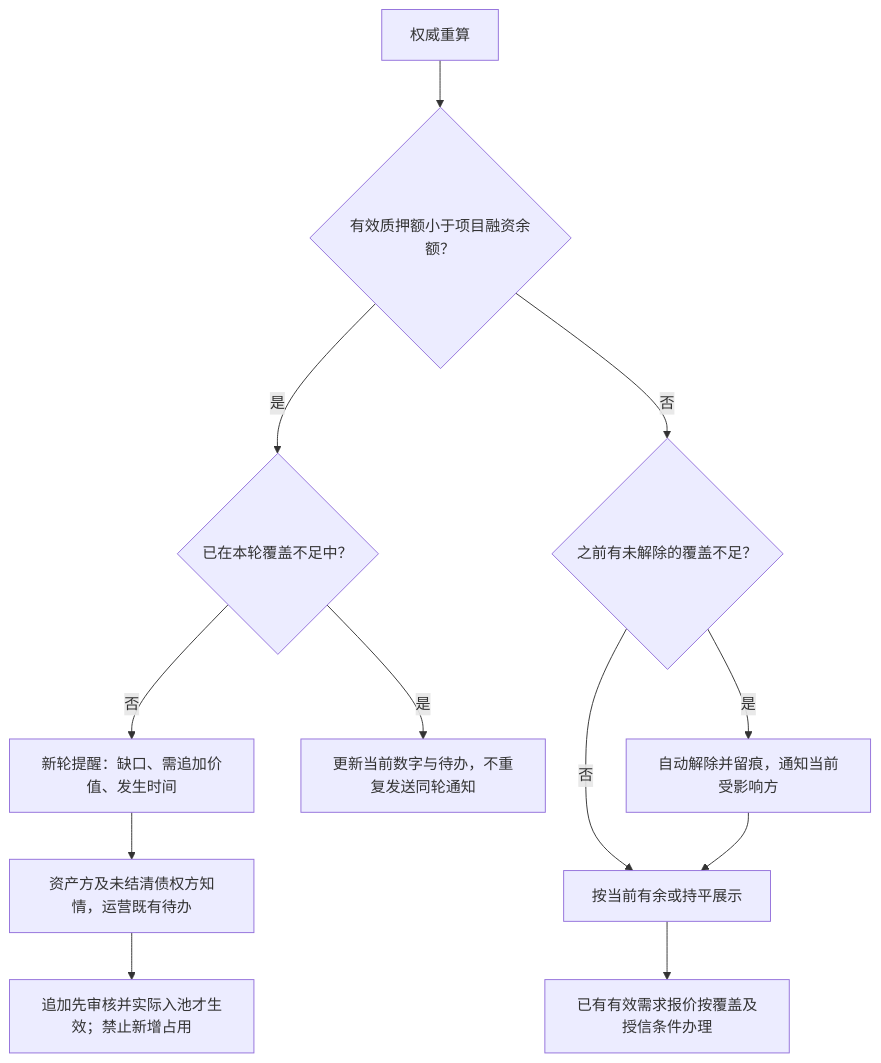
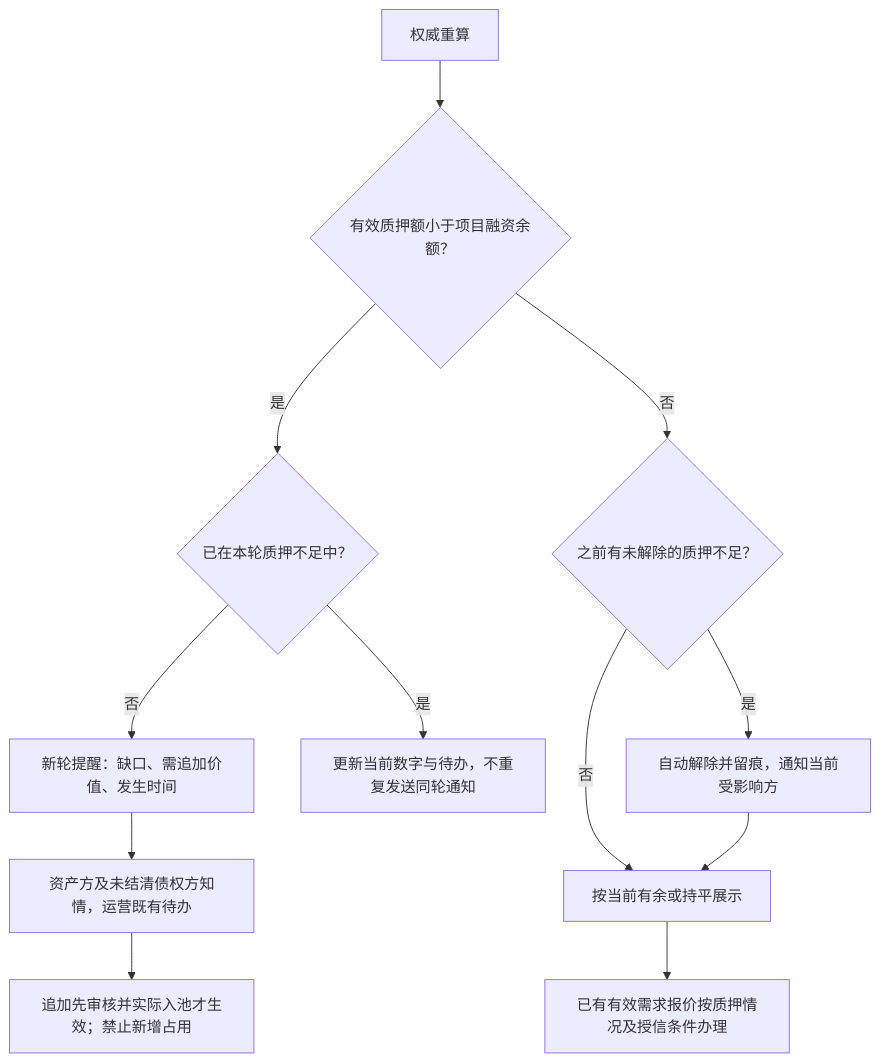
One commit to wxblockchain/Chain-Financing changed the sixth of 10 diagrams in lending-platform/PRD/面客端/05-借贷广场-融资需求与代币质押/02-融资需求与代币质押-流程图与状态机.md. Above: the diagram before and after it, drawn with Mermaid. The commit also changed other lines of this file and 20 other files, not shown here.

````diff
--- a/lending-platform/PRD/面客端/05-借贷广场-融资需求与代币质押/02-融资需求与代币质押-流程图与状态机.md
+++ b/lending-platform/PRD/面客端/05-借贷广场-融资需求与代币质押/02-融资需求与代币质押-流程图与状态机.md
@@ -171,14 +171,14 @@
 ```mermaid
 flowchart TD
   A[权威重算] --> B{有效质押额小于项目融资余额？}
-  B -- 是 --> C{已在本轮覆盖不足中？}
+  B -- 是 --> C{已在本轮质押不足中？}
   C -- 否 --> D[新轮提醒：缺口、需追加价值、发生时间]
   D --> E[资产方及未结清债权方知情，运营既有待办]
   E --> F[追加先审核并实际入池才生效；禁止新增占用]
   C -- 是 --> G[更新当前数字与待办，不重复发送同轮通知]
-  B -- 否 --> H{之前有未解除的覆盖不足？}
+  B -- 否 --> H{之前有未解除的质押不足？}
   H -- 是 --> I[自动解除并留痕，通知当前受影响方]
   H -- 否 --> J[按当前有余或持平展示]
   I --> J
-  J --> K[已有有效需求报价按覆盖及授信条件办理]
+  J --> K[已有有效需求报价按质押情况及授信条件办理]
 ```
````
